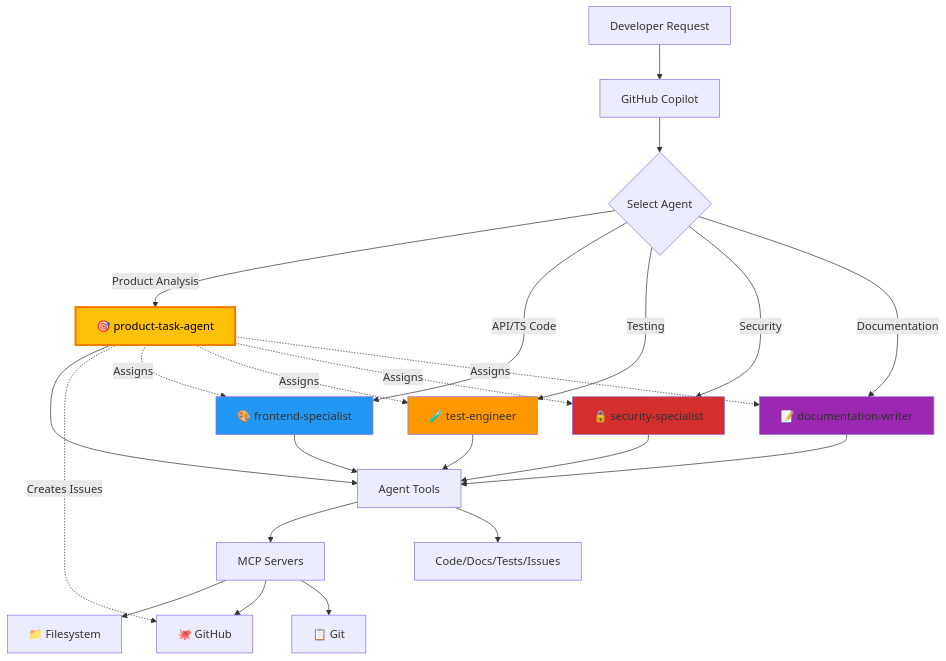
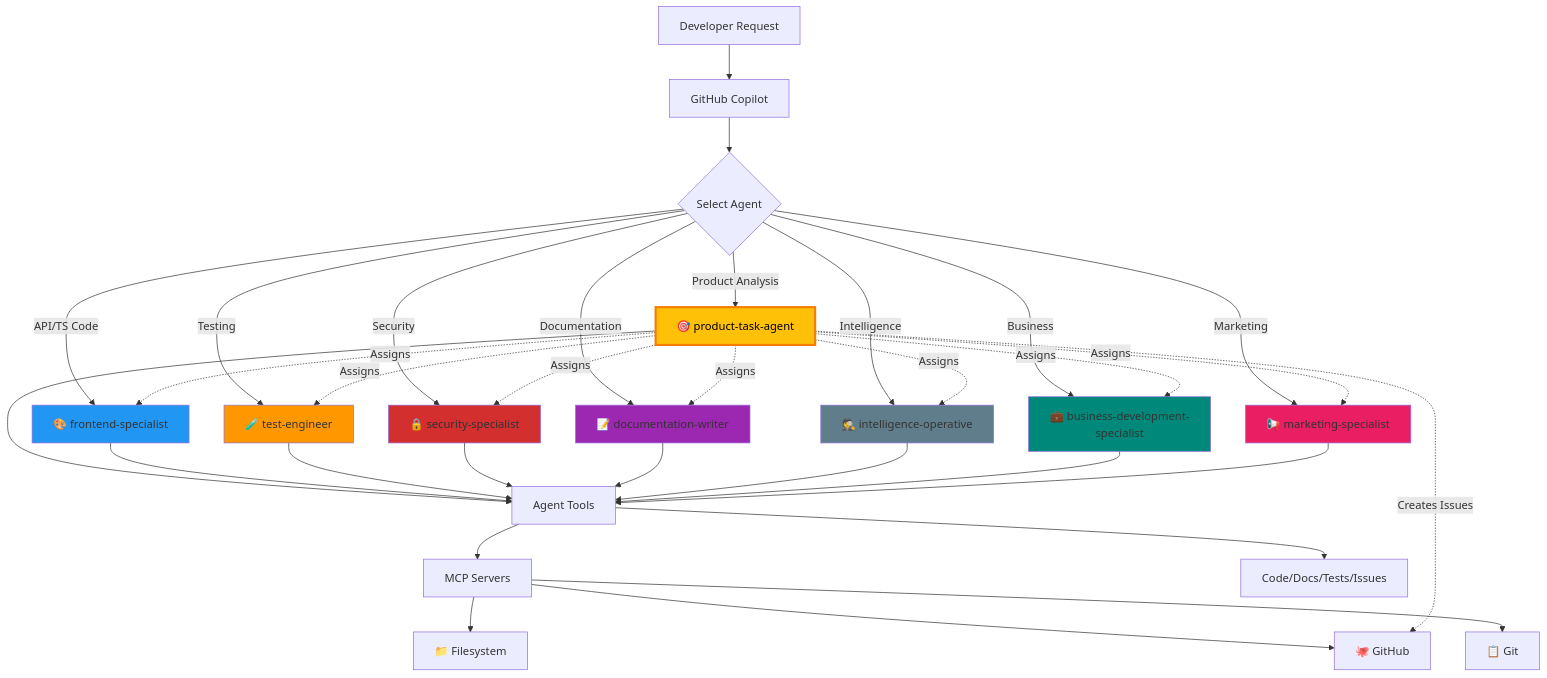
The diagram in .github/agents/README.md (Hack23/European-Parliament-MCP-Server), drawn with Mermaid before and after one commit. The commit also changed other lines of this file and 92 other files, not shown here.

Commit message:
Add intelligence/business/marketing perspective JSDoc annotations to all TypeDoc source files

````diff
--- a/.github/agents/README.md
+++ b/.github/agents/README.md
@@ -230,36 +296,48 @@
 ```mermaid
 graph TB
     User[Developer Request] --> Copilot[GitHub Copilot]
     Copilot --> AgentSelect{Select Agent}
     
     AgentSelect -->|Product Analysis| TaskAgent[🎯 product-task-agent]
     AgentSelect -->|API/TS Code| Frontend[🎨 frontend-specialist]
     AgentSelect -->|Testing| TestEng[🧪 test-engineer]
     AgentSelect -->|Security| Security[🔒 security-specialist]
     AgentSelect -->|Documentation| DocWriter[📝 documentation-writer]
+    AgentSelect -->|Intelligence| Intel[🕵️ intelligence-operative]
+    AgentSelect -->|Business| BizDev[💼 business-development-specialist]
+    AgentSelect -->|Marketing| Marketing[📢 marketing-specialist]
     
     TaskAgent --> Tools[Agent Tools]
     Frontend --> Tools
     TestEng --> Tools
     Security --> Tools
     DocWriter --> Tools
+    Intel --> Tools
+    BizDev --> Tools
+    Marketing --> Tools
     
     Tools --> MCP[MCP Servers]
     MCP --> FS[📁 Filesystem]
     MCP --> GH[🐙 GitHub]
     MCP --> Git[📋 Git]
     
     Tools --> Output[Code/Docs/Tests/Issues]
     
     TaskAgent -.->|Creates Issues| GH
     TaskAgent -.->|Assigns| Frontend
     TaskAgent -.->|Assigns| TestEng
     TaskAgent -.->|Assigns| Security
     TaskAgent -.->|Assigns| DocWriter
+    TaskAgent -.->|Assigns| Intel
+    TaskAgent -.->|Assigns| BizDev
+    TaskAgent -.->|Assigns| Marketing
     
     style TaskAgent fill:#FFC107,stroke:#F57C00,stroke-width:3px,color:#000
     style Frontend fill:#2196F3
     style TestEng fill:#FF9800
     style Security fill:#D32F2F
     style DocWriter fill:#9C27B0
+    style Intel fill:#607D8B
+    style BizDev fill:#00897B
+    style Marketing fill:#E91E63
 ```
````
